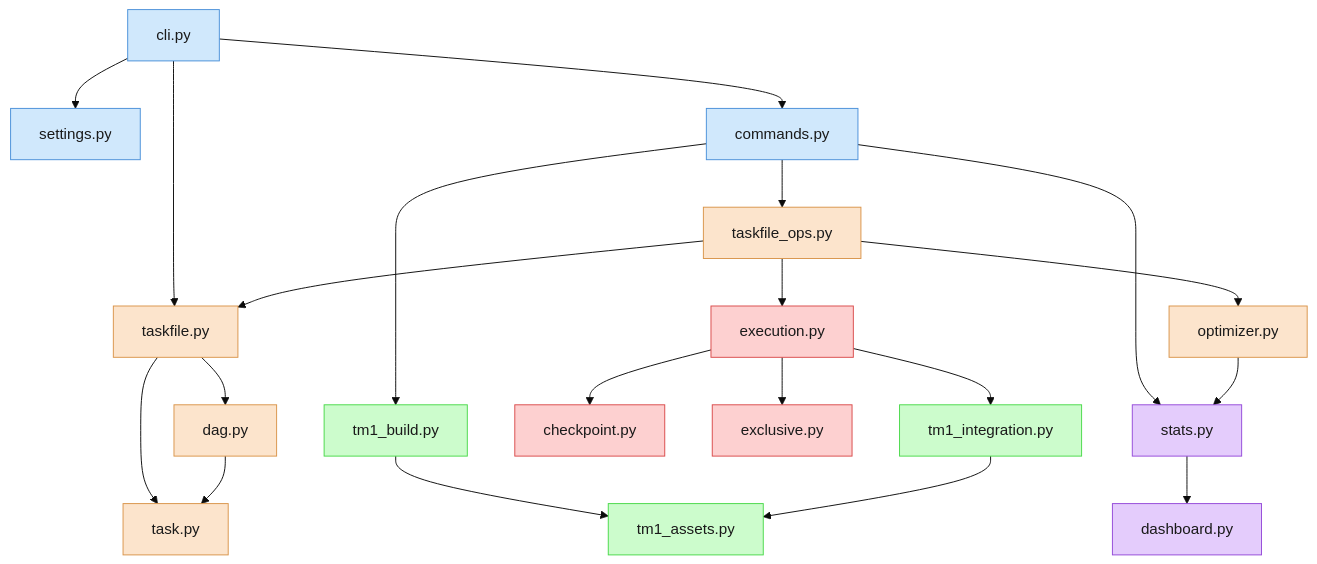
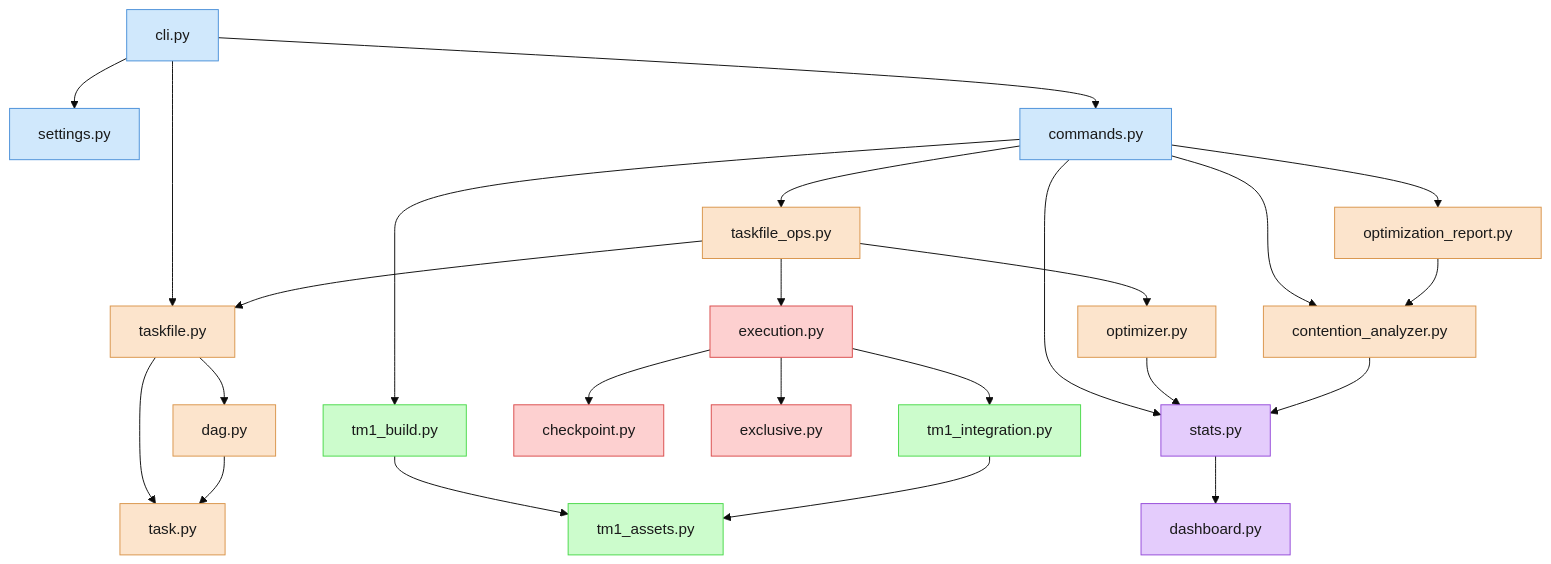
The third of 3 diagrams in docs/architecture/design.md (cubewise-code/rushti), drawn with Mermaid (base theme) before and after one commit. The commit also changed other lines of this file and 11 other files, not shown here.

````diff
--- a/docs/architecture/design.md
+++ b/docs/architecture/design.md
@@ -342,67 +369,75 @@
 ```mermaid
 graph TB
     cli["cli.py"]
     settings["settings.py"]
     commands["commands.py"]
     taskfile["taskfile.py"]
     task["task.py"]
     dag["dag.py"]
     taskfile_ops["taskfile_ops.py"]
     stats["stats.py"]
     tm1_build["tm1_build.py"]
     optimizer["optimizer.py"]
+    contention["contention_analyzer.py"]
+    opt_report["optimization_report.py"]
     execution["execution.py"]
     checkpoint["checkpoint.py"]
     exclusive["exclusive.py"]
     tm1_integration["tm1_integration.py"]
     tm1_assets["tm1_assets.py"]
     dashboard["dashboard.py"]
 
     cli --> commands
     cli --> settings
     cli --> taskfile
 
     commands --> taskfile_ops
     commands --> stats
     commands --> tm1_build
+    commands --> contention
+    commands --> opt_report
 
     taskfile_ops --> taskfile
     taskfile_ops --> execution
     taskfile_ops --> optimizer
 
     taskfile --> task
     taskfile --> dag
 
     dag --> task
 
     execution --> checkpoint
     execution --> exclusive
     execution --> tm1_integration
 
     optimizer --> stats
+    contention --> stats
+    opt_report --> contention
     stats --> dashboard
 
     tm1_build --> tm1_assets
     tm1_integration --> tm1_assets
 
     style cli fill:#d0e8fc,stroke:#4a90d9,color:#1a1a1a
     style settings fill:#d0e8fc,stroke:#4a90d9,color:#1a1a1a
     style commands fill:#d0e8fc,stroke:#4a90d9,color:#1a1a1a
 
     style taskfile fill:#fce4cc,stroke:#d9944a,color:#1a1a1a
     style task fill:#fce4cc,stroke:#d9944a,color:#1a1a1a
     style dag fill:#fce4cc,stroke:#d9944a,color:#1a1a1a
     style taskfile_ops fill:#fce4cc,stroke:#d9944a,color:#1a1a1a
     style optimizer fill:#fce4cc,stroke:#d9944a,color:#1a1a1a
+    style contention fill:#fce4cc,stroke:#d9944a,color:#1a1a1a
+    style opt_report fill:#fce4cc,stroke:#d9944a,color:#1a1a1a
 
     style execution fill:#fdd0d0,stroke:#d94a4a,color:#1a1a1a
     style checkpoint fill:#fdd0d0,stroke:#d94a4a,color:#1a1a1a
     style exclusive fill:#fdd0d0,stroke:#d94a4a,color:#1a1a1a
 
     style stats fill:#e4ccfc,stroke:#944ad9,color:#1a1a1a
     style dashboard fill:#e4ccfc,stroke:#944ad9,color:#1a1a1a
 
     style tm1_build fill:#ccfccc,stroke:#4ad94a,color:#1a1a1a
     style tm1_integration fill:#ccfccc,stroke:#4ad94a,color:#1a1a1a
     style tm1_assets fill:#ccfccc,stroke:#4ad94a,color:#1a1a1a
 ```
````
